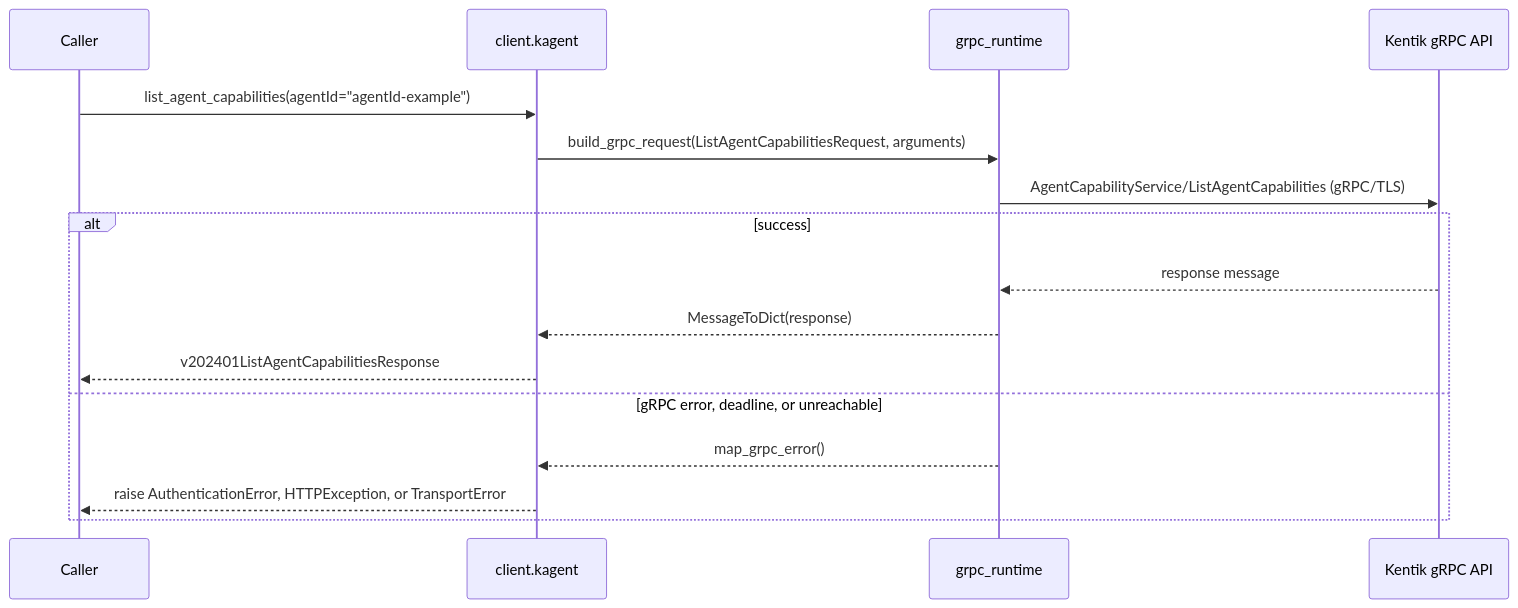
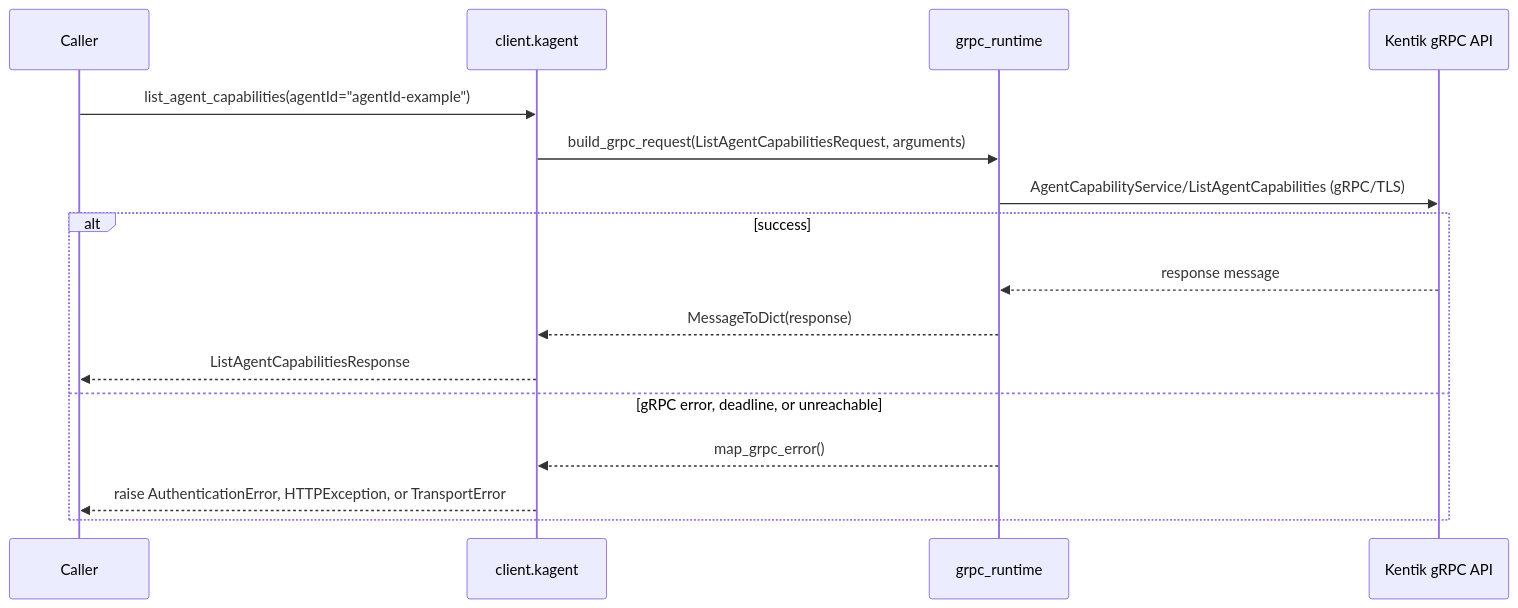
Before and after one commit to alexdearaujo/community_sdk_python: diagram 17 of 58 in docs/sphinx/services/kagent.md, drawn with Mermaid. The commit also changed other lines of this file and 38 other files, not shown here.

````diff
--- a/docs/sphinx/services/kagent.md
+++ b/docs/sphinx/services/kagent.md
@@ -599,19 +599,19 @@
 ```mermaid
 sequenceDiagram
     participant C as Caller
     participant W as client.kagent
     participant R as grpc_runtime
     participant API as Kentik gRPC API
 
     C->>W: list_agent_capabilities(agentId="agentId-example")
     W->>R: build_grpc_request(ListAgentCapabilitiesRequest, arguments)
     R->>API: AgentCapabilityService/ListAgentCapabilities (gRPC/TLS)
     alt success
         API-->>R: response message
         R-->>W: MessageToDict(response)
-        W-->>C: v202401ListAgentCapabilitiesResponse
+        W-->>C: ListAgentCapabilitiesResponse
     else gRPC error, deadline, or unreachable
         R-->>W: map_grpc_error()
         W-->>C: raise AuthenticationError, HTTPException, or TransportError
     end
 ```
````
